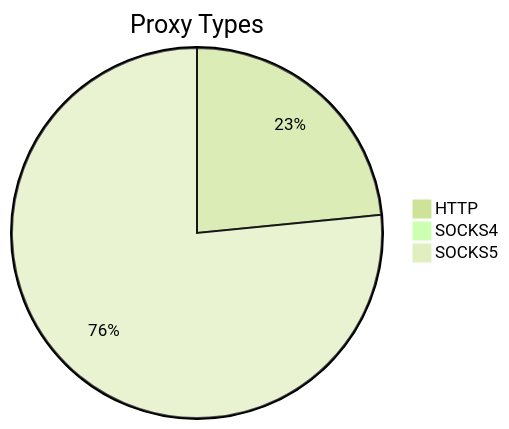
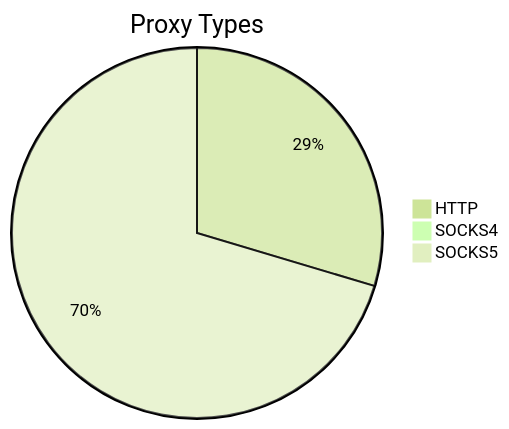
The first of 2 diagrams in README.md (stormsia/proxy-list), drawn with Mermaid (forest theme) before and after one commit. The commit also changed other lines of this file, not shown here.

````diff
--- a/README.md
+++ b/README.md
@@ -21,6 +21,6 @@
 ```mermaid
 pie title Proxy Types
-    "HTTP" : 755
-    "SOCKS4" : 30
-    "SOCKS5" : 2468
+    "HTTP" : 510
+    "SOCKS4" : 15
+    "SOCKS5" : 1212
 ```
````
